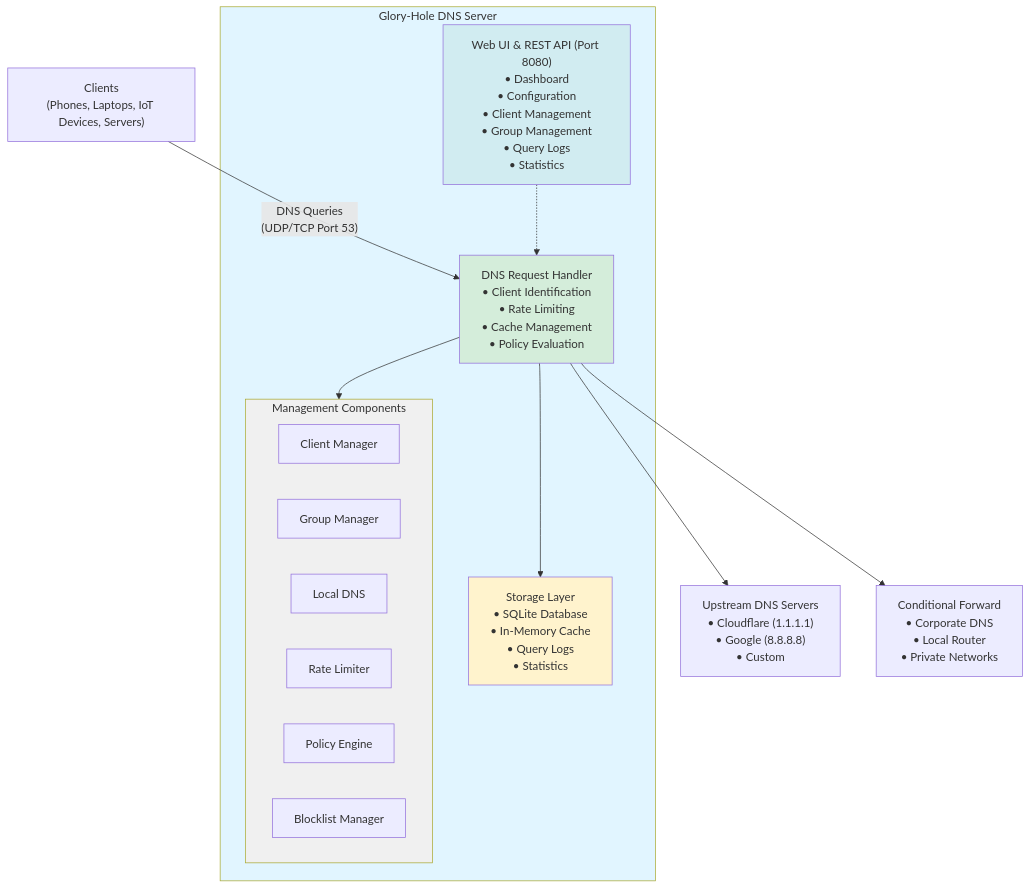
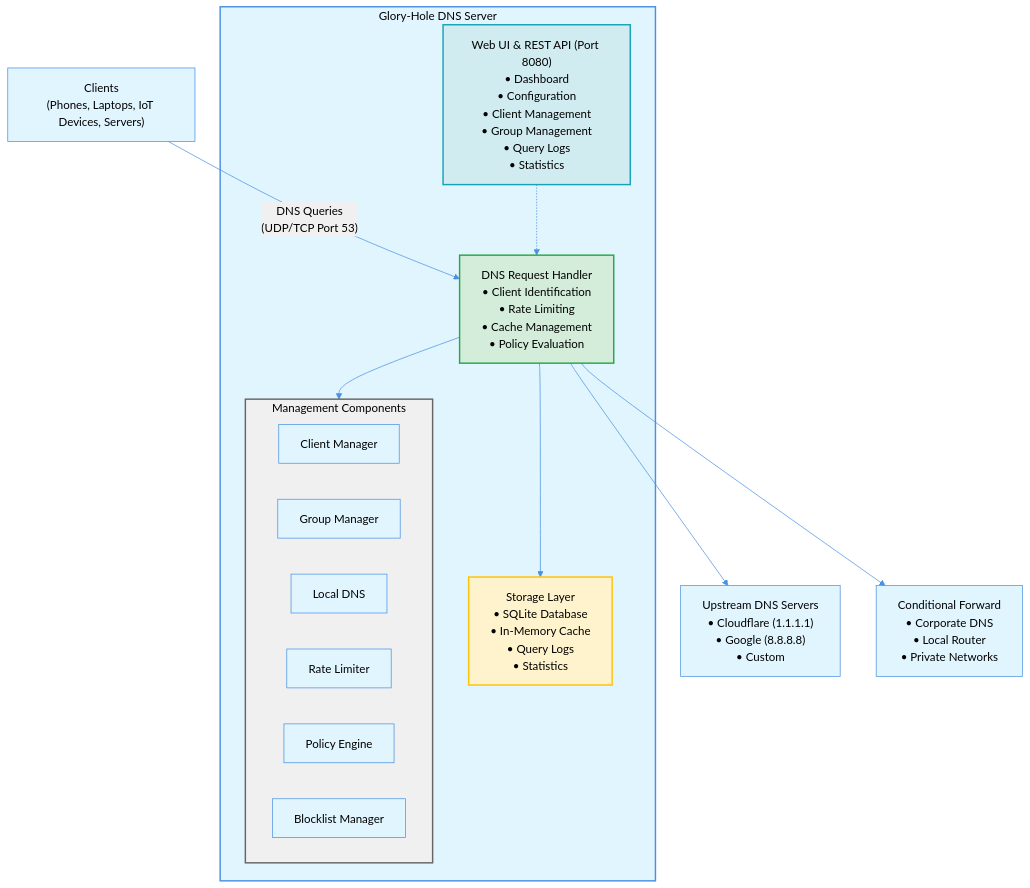
The first of 2 diagrams in docs/architecture/overview.md (erfianugrah/gloryhole), drawn with Mermaid before and after one commit. The commit also changed other lines of this file and 15 other files, not shown here.

First line of the commit message:
Update documentation to v0.7.8 and fix diagram contrast

````diff
--- a/docs/architecture/overview.md
+++ b/docs/architecture/overview.md
@@ -75,36 +75,37 @@
 ```mermaid
+%%{init: {'theme':'base', 'themeVariables': { 'primaryColor':'#e1f5ff','primaryTextColor':'#000','primaryBorderColor':'#4a90e2','lineColor':'#4a90e2','secondaryColor':'#f0f0f0','tertiaryColor':'#fff'}}}%%
 graph TB
     Clients["Clients<br/>(Phones, Laptops, IoT Devices, Servers)"]
 
     subgraph GloryHole["Glory-Hole DNS Server"]
         Handler["DNS Request Handler<br/>• Client Identification<br/>• Rate Limiting<br/>• Cache Management<br/>• Policy Evaluation"]
 
         subgraph Management["Management Components"]
             ClientMgr["Client Manager"]
             GroupMgr["Group Manager"]
             LocalDNS["Local DNS"]
             RateLimiter["Rate Limiter"]
             PolicyEngine["Policy Engine"]
             BlocklistMgr["Blocklist Manager"]
         end
 
         Storage["Storage Layer<br/>• SQLite Database<br/>• In-Memory Cache<br/>• Query Logs<br/>• Statistics"]
         WebUI["Web UI & REST API (Port 8080)<br/>• Dashboard<br/>• Configuration<br/>• Client Management<br/>• Group Management<br/>• Query Logs<br/>• Statistics"]
     end
 
     Upstream["Upstream DNS Servers<br/>• Cloudflare (1.1.1.1)<br/>• Google (8.8.8.8)<br/>• Custom"]
     Conditional["Conditional Forward<br/>• Corporate DNS<br/>• Local Router<br/>• Private Networks"]
 
     Clients -->|"DNS Queries<br/>(UDP/TCP Port 53)"| Handler
     Handler --> Management
     Handler --> Storage
     Handler --> Upstream
     Handler --> Conditional
     WebUI -.-> Handler
 
-    style GloryHole fill:#e1f5ff
-    style Management fill:#f0f0f0
-    style Handler fill:#d4edda
-    style Storage fill:#fff3cd
-    style WebUI fill:#d1ecf1
+    style GloryHole fill:#e1f5ff,stroke:#4a90e2,stroke-width:2px,color:#000
+    style Management fill:#f0f0f0,stroke:#666,stroke-width:2px,color:#000
+    style Handler fill:#d4edda,stroke:#28a745,stroke-width:2px,color:#000
+    style Storage fill:#fff3cd,stroke:#ffc107,stroke-width:2px,color:#000
+    style WebUI fill:#d1ecf1,stroke:#17a2b8,stroke-width:2px,color:#000
 ```
````
